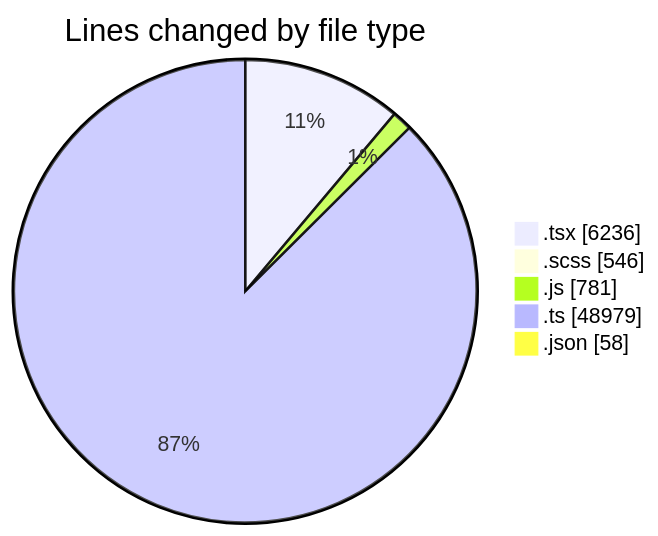
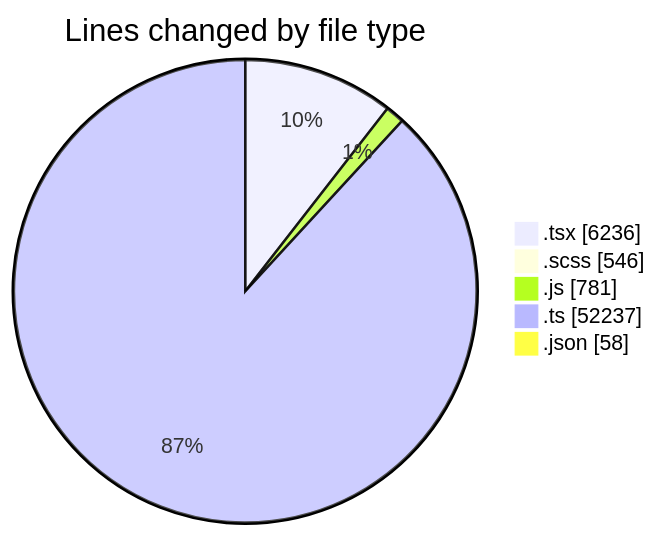
Before and after one commit to momahboobian/code-tracking: the first of 2 diagrams in 2025-11-11/cda/README.md, drawn with Mermaid. The commit also changed other lines of this file and 1 other file, not shown here.

````diff
--- a/2025-11-11/cda/README.md
+++ b/2025-11-11/cda/README.md
@@ -40,9 +41,9 @@
 ```mermaid
 pie showData
 title Lines changed by file type
 ".tsx" : 6236
 ".scss" : 546
 ".js" : 781
-".ts" : 48979
+".ts" : 52237
 ".json" : 58
 ```
````
